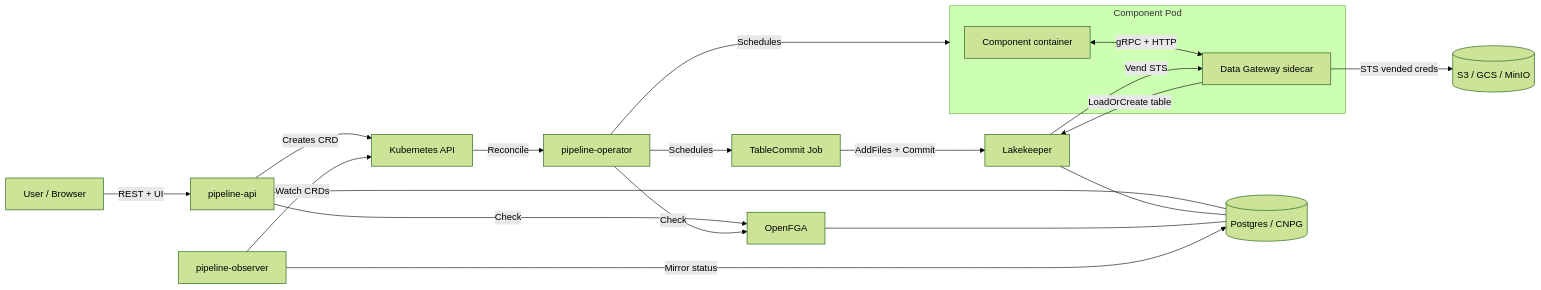
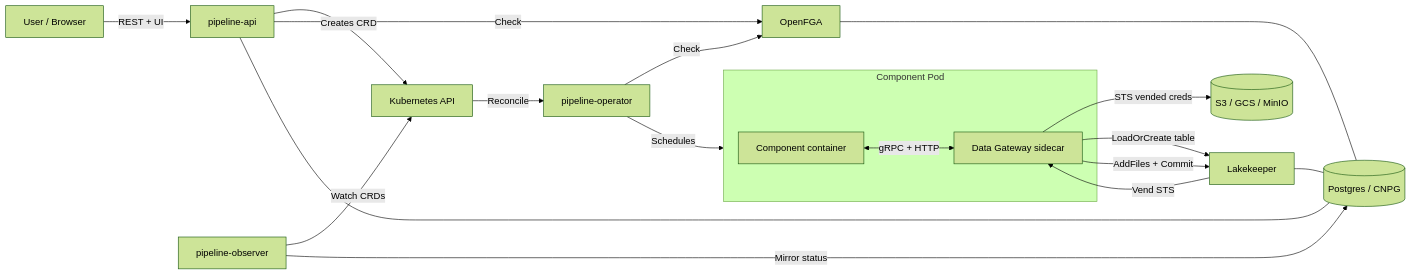
Before and after one commit to kacurez/datuplet: the first of 3 diagrams in docs/architecture.md, drawn with Mermaid (forest theme). The commit also changed other lines of this file and 3 other files, not shown here.

First line of the commit message:
docs: align CLAUDE.md + architecture.md with RFC 021 inline commits

````diff
--- a/docs/architecture.md
+++ b/docs/architecture.md
@@ -12,30 +12,28 @@
 ```mermaid
 graph LR
     U[User / Browser] -->|REST + UI| PA[pipeline-api]
     PA -->|Creates CRD| K8s[Kubernetes API]
     K8s -->|Reconcile| PO[pipeline-operator]
     PO -->|Schedules| Pod[Component Pod]
 
     subgraph Pod [Component Pod]
         C[Component container]
         DG[Data Gateway sidecar]
         C <-->|gRPC + HTTP| DG
     end
 
     DG -->|STS vended creds| S3[(S3 / GCS / MinIO)]
     DG -->|LoadOrCreate table| LK[Lakekeeper]
     LK -->|Vend STS| DG
-
-    PO -->|Schedules| TC[TableCommit Job]
-    TC -->|AddFiles + Commit| LK
+    DG -->|AddFiles + Commit| LK
 
     PA -->|Check| FGA[OpenFGA]
     PO -->|Check| FGA
 
     PA --- PG[(Postgres / CNPG)]
     LK --- PG
     FGA --- PG
 
     PB[pipeline-observer] -->|Watch CRDs| K8s
     PB -->|Mirror status| PG
 ```
````
